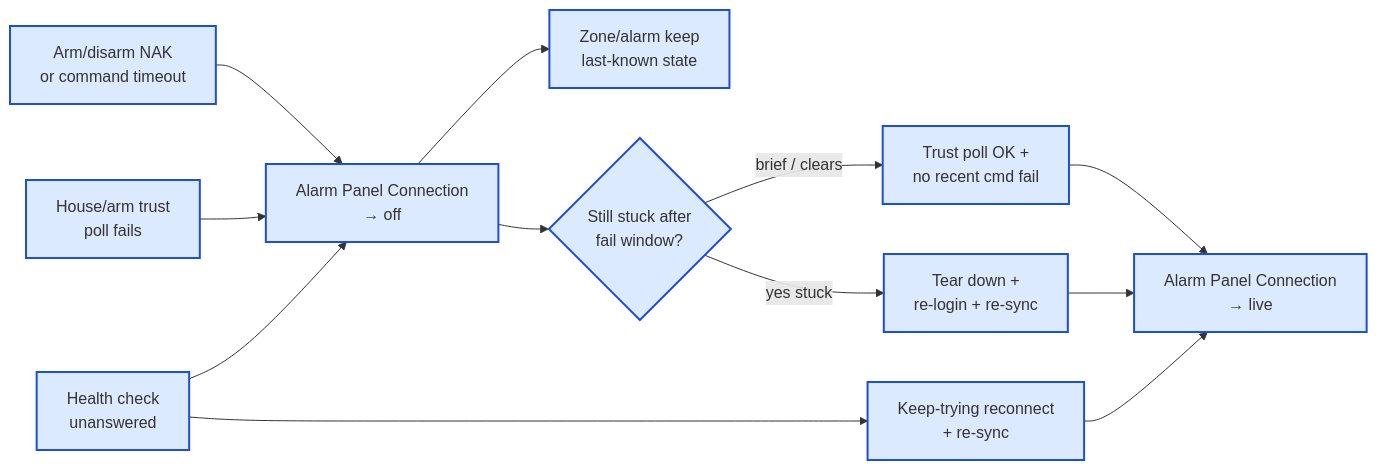
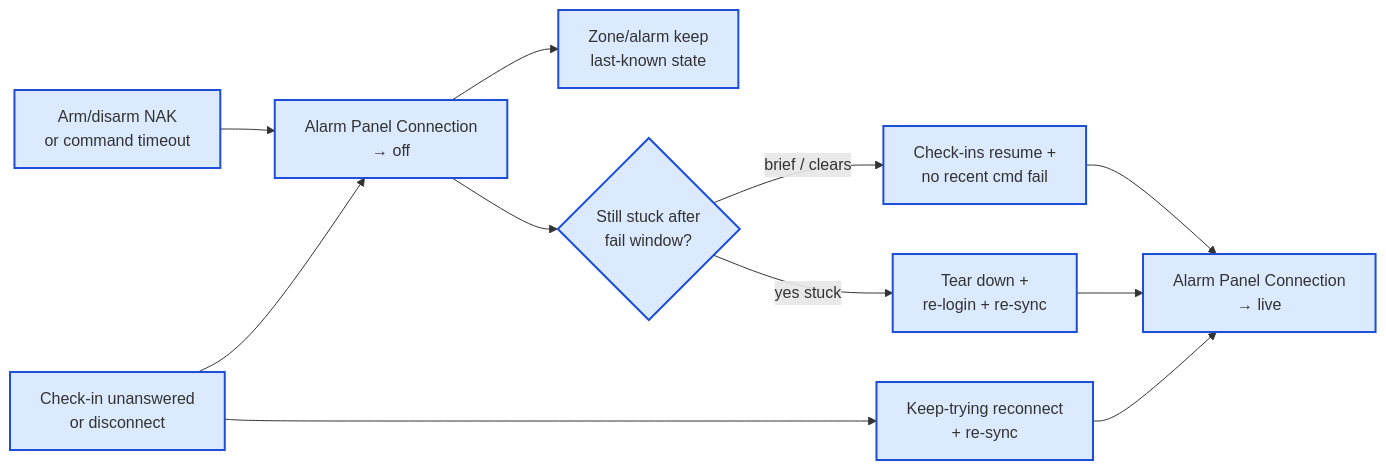
Before and after one commit to michaelmarconi/texecom_alarm: the fifth of 7 diagrams in docs/architecture.md, drawn with Mermaid. The commit also changed other lines of this file, not shown here.

First line of the commit message:
docs(architecture): fold ADR-016/017 panel-connection detection simplification

````diff
--- a/docs/architecture.md
+++ b/docs/architecture.md
@@ -449,24 +461,22 @@
 ```mermaid
 flowchart LR
     Reject["Arm/disarm NAK<br/>or command timeout"]:::owned
-    PollFail["House/arm trust<br/>poll fails"]:::owned
-    HealthFail["Health check<br/>unanswered"]:::owned
+    HealthFail["Check-in unanswered<br/>or disconnect"]:::owned
     Off["Alarm Panel Connection<br/>→ off"]:::owned
     Keep["Zone/alarm keep<br/>last-known state"]:::owned
     Soft{"Still stuck after<br/>fail window?"}:::owned
-    PollOk["Trust poll OK +<br/>no recent cmd fail"]:::owned
+    CheckInOk["Check-ins resume +<br/>no recent cmd fail"]:::owned
     Relogin["Tear down +<br/>re-login + re-sync"]:::owned
     Reconnect["Keep-trying reconnect<br/>+ re-sync"]:::owned
     Live["Alarm Panel Connection<br/>→ live"]:::owned
 
     Reject --> Off
-    PollFail --> Off
     HealthFail --> Off
     Off --> Keep
     Off --> Soft
-    Soft -->|brief / clears| PollOk --> Live
+    Soft -->|brief / clears| CheckInOk --> Live
     Soft -->|yes stuck| Relogin --> Live
     HealthFail --> Reconnect --> Live
 
     classDef owned fill:#dbeafe,stroke:#1d4ed8,stroke-width:2px
 ```
````
